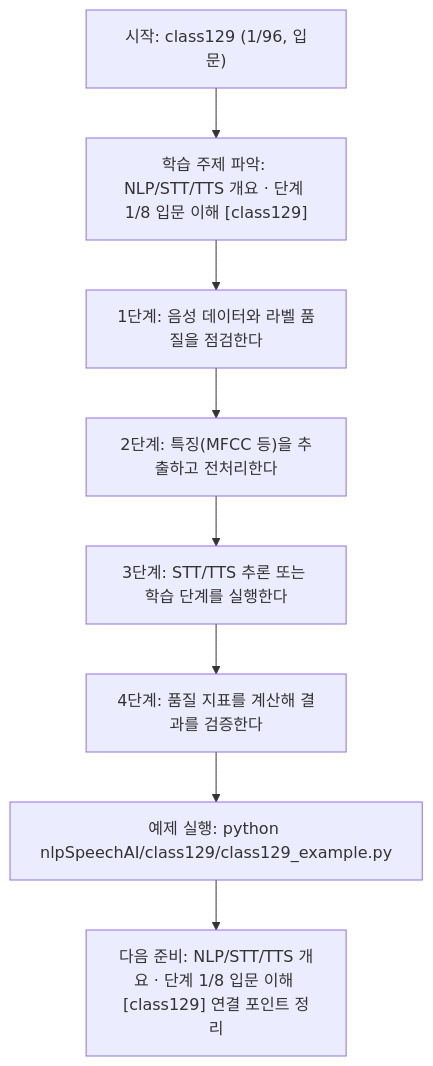
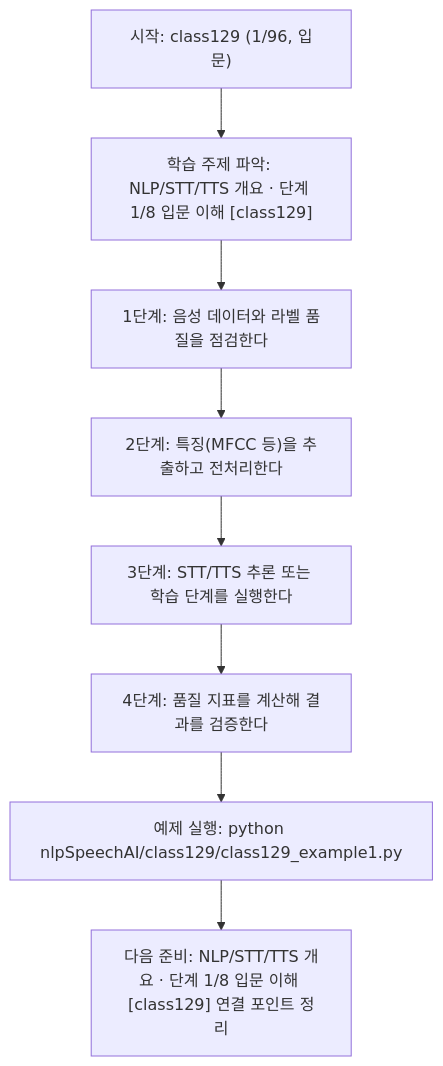
One commit to edumgt/Python-AI_Agent-Class changed the diagram in nlpSpeechAI/class129/class129.md. Above: the diagram before and after it, drawn with Mermaid. The commit also changed other lines of this file and 2959 other files, not shown here.

````diff
--- a/nlpSpeechAI/class129/class129.md
+++ b/nlpSpeechAI/class129/class129.md
@@ -115,18 +115,18 @@
 ```mermaid
 flowchart TD
 N1["시작: class129 (1/96, 입문)"]
 N2["학습 주제 파악: NLP/STT/TTS 개요 · 단계 1/8 입문 이해 [class129]"]
 N3["1단계: 음성 데이터와 라벨 품질을 점검한다"]
 N4["2단계: 특징(MFCC 등)을 추출하고 전처리한다"]
 N5["3단계: STT/TTS 추론 또는 학습 단계를 실행한다"]
 N6["4단계: 품질 지표를 계산해 결과를 검증한다"]
-N7["예제 실행: python nlpSpeechAI/class129/class129_example.py"]
+N7["예제 실행: python nlpSpeechAI/class129/class129_example1.py"]
 N8["다음 준비: NLP/STT/TTS 개요 · 단계 1/8 입문 이해 [class129] 연결 포인트 정리"]
 N1 --> N2
 N2 --> N3
 N3 --> N4
 N4 --> N5
 N5 --> N6
 N6 --> N7
 N7 --> N8
 ```
````
